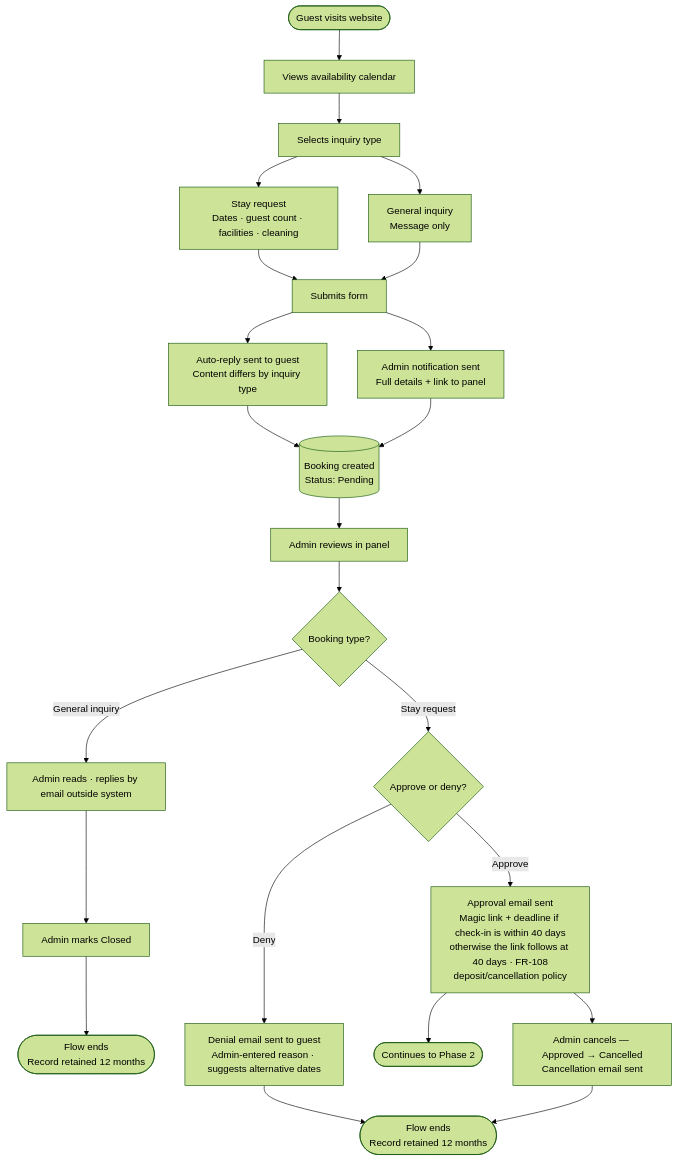
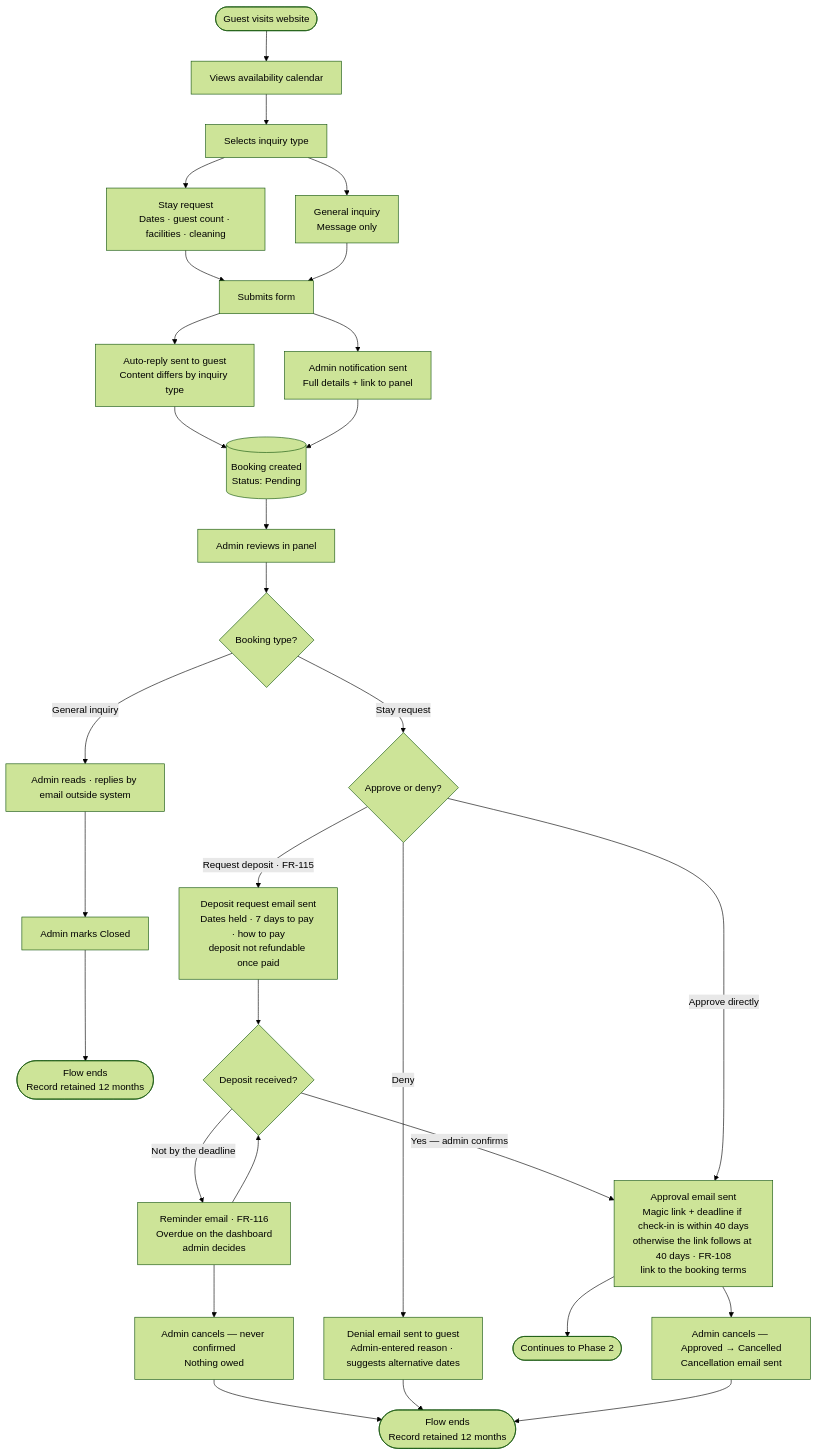
Before and after one commit to eliya-amanoeel/akerogarden: the first of 3 diagrams in docs/product/requirements.md, drawn with Mermaid (forest theme). The commit also changed other lines of this file and 57 other files, not shown here.

Commit message:
Merge pull request 98 from feat/deposit-before-confirmation into main

````diff
--- a/docs/product/requirements.md
+++ b/docs/product/requirements.md
@@ -95,25 +95,32 @@
 ```mermaid
 flowchart TD
     A([Guest visits website]) --> B[Views availability calendar]
     B --> C[Selects inquiry type]
     C --> C1[Stay request\nDates · guest count · facilities · cleaning]
     C --> C2[General inquiry\nMessage only]
     C1 --> D[Submits form]
     C2 --> D
     D --> E[Auto-reply sent to guest\nContent differs by inquiry type]
     D --> F[Admin notification sent\nFull details + link to panel]
     E --> G[(Booking created\nStatus: Pending)]
     F --> G
     G --> H[Admin reviews in panel]
     H --> I{Booking type?}
     I -->|General inquiry| GI[Admin reads · replies by email outside system]
     GI --> GI2[Admin marks Closed]
     GI2 --> GI3([Flow ends\nRecord retained 12 months])
     I -->|Stay request| J{Approve or deny?}
     J -->|Deny| JD[Denial email sent to guest\nAdmin-entered reason · suggests alternative dates]
-    J -->|Approve| JA[Approval email sent\nMagic link + deadline if check-in is within 40 days\notherwise the link follows at 40 days · FR-108\ndeposit/cancellation policy]
+    J -->|Request deposit · FR-115| DP[Deposit request email sent\nDates held · 7 days to pay · how to pay\ndeposit not refundable once paid]
+    DP --> DQ{Deposit received?}
+    DQ -->|Yes — admin confirms| JA
+    DQ -->|Not by the deadline| DR[Reminder email · FR-116\nOverdue on the dashboard\nadmin decides]
+    DR --> DQ
+    DR --> DX[Admin cancels — never confirmed\nNothing owed]
+    DX --> L
+    J -->|Approve directly| JA[Approval email sent\nMagic link + deadline if check-in is within 40 days\notherwise the link follows at 40 days · FR-108\nlink to the booking terms]
     JD --> L([Flow ends\nRecord retained 12 months])
     JA --> M([Continues to Phase 2])
     JA --> N[Admin cancels — Approved → Cancelled\nCancellation email sent]
     N --> L
 ```
````
